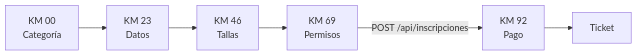
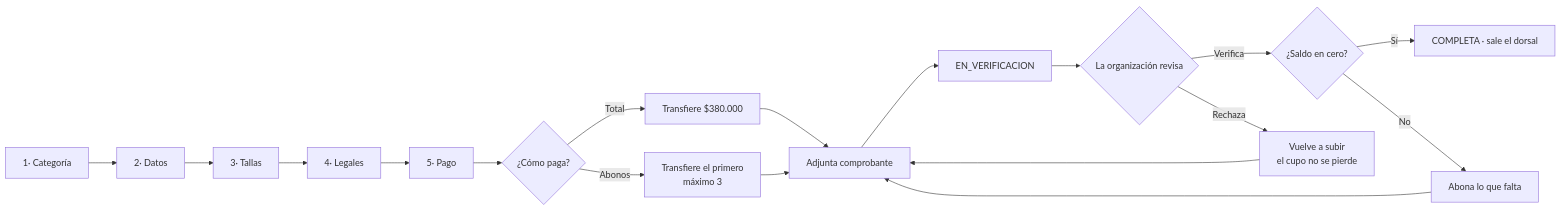
The second of 5 diagrams in README.md (davideliaspalacio/cycling-web), drawn with Mermaid before and after one commit. The commit also changed other lines of this file and 4 other files, not shown here.

First line of the commit message:
docs: README del pago manual y las decisiones que tomé sin el cliente

````diff
--- a/README.md
+++ b/README.md
@@ -77,8 +68,18 @@
 ```mermaid
-graph LR
-    A["KM 00<br/>Categoría"] --> B["KM 23<br/>Datos"]
-    B --> C["KM 46<br/>Tallas"]
-    C --> D["KM 69<br/>Permisos"]
-    D -->|"POST /api/inscripciones"| E["KM 92<br/>Pago"]
-    E --> T["Ticket"]
+flowchart LR
+  A["1· Categoría"] --> B["2· Datos"] --> C["3· Tallas"]
+  C --> D["4· Legales"] --> E["5· Pago"]
+  E --> F{"¿Cómo paga?"}
+  F -->|Total| G["Transfiere $380.000"]
+  F -->|Abonos| H["Transfiere el primero<br/>máximo 3"]
+  G --> I["Adjunta comprobante"]
+  H --> I
+  I --> J["EN_VERIFICACION"]
+  J --> K{"La organización revisa"}
+  K -->|Verifica| L{"¿Saldo en cero?"}
+  K -->|Rechaza| M["Vuelve a subir<br/>el cupo no se pierde"]
+  M --> I
+  L -->|Sí| N["COMPLETA · sale el dorsal"]
+  L -->|No| O["Abona lo que falta"]
+  O --> I
 ```
````
